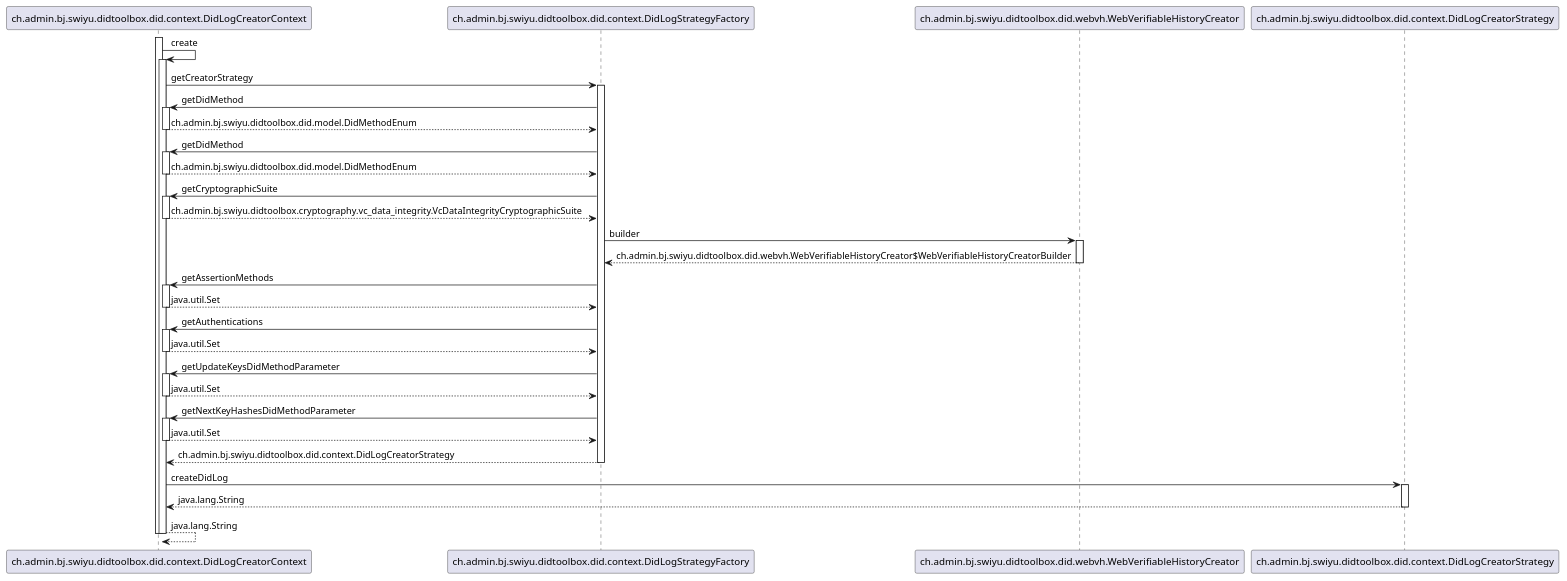
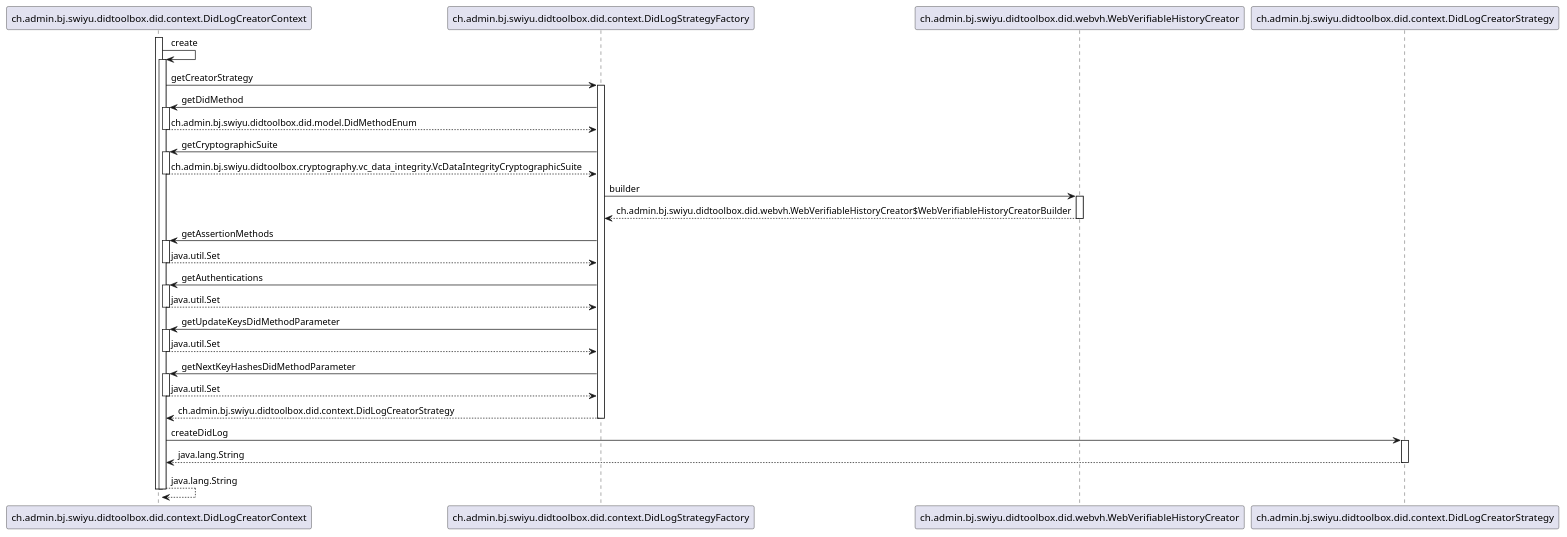
The diagram in src/main/plantuml/DidLogCreatorContext-create.puml (swiyu-admin-ch/didtoolbox-java), drawn with PlantUML before and after one commit. The commit also changed 7 other files, not shown here.

```diff
--- a/src/main/plantuml/DidLogCreatorContext-create.puml
+++ b/src/main/plantuml/DidLogCreatorContext-create.puml
@@ -2,55 +2,51 @@
 @startuml
 
 participant ch.admin.bj.swiyu.didtoolbox.did.context.DidLogCreatorContext
 participant ch.admin.bj.swiyu.didtoolbox.did.context.DidLogStrategyFactory
 participant ch.admin.bj.swiyu.didtoolbox.did.webvh.WebVerifiableHistoryCreator
 participant ch.admin.bj.swiyu.didtoolbox.did.context.DidLogCreatorStrategy
 
 activate ch.admin.bj.swiyu.didtoolbox.did.context.DidLogCreatorContext
 	ch.admin.bj.swiyu.didtoolbox.did.context.DidLogCreatorContext -> ch.admin.bj.swiyu.didtoolbox.did.context.DidLogCreatorContext : create
 	activate ch.admin.bj.swiyu.didtoolbox.did.context.DidLogCreatorContext
 		ch.admin.bj.swiyu.didtoolbox.did.context.DidLogCreatorContext -> ch.admin.bj.swiyu.didtoolbox.did.context.DidLogStrategyFactory : getCreatorStrategy
 		activate ch.admin.bj.swiyu.didtoolbox.did.context.DidLogStrategyFactory
-			ch.admin.bj.swiyu.didtoolbox.did.context.DidLogStrategyFactory -> ch.admin.bj.swiyu.didtoolbox.did.context.DidLogCreatorContext : getDidMethod
-			activate ch.admin.bj.swiyu.didtoolbox.did.context.DidLogCreatorContext
-				ch.admin.bj.swiyu.didtoolbox.did.context.DidLogCreatorContext --> ch.admin.bj.swiyu.didtoolbox.did.context.DidLogStrategyFactory : ch.admin.bj.swiyu.didtoolbox.did.model.DidMethodEnum
-			deactivate ch.admin.bj.swiyu.didtoolbox.did.context.DidLogCreatorContext
 			ch.admin.bj.swiyu.didtoolbox.did.context.DidLogStrategyFactory -> ch.admin.bj.swiyu.didtoolbox.did.context.DidLogCreatorContext : getDidMethod
 			activate ch.admin.bj.swiyu.didtoolbox.did.context.DidLogCreatorContext
 				ch.admin.bj.swiyu.didtoolbox.did.context.DidLogCreatorContext --> ch.admin.bj.swiyu.didtoolbox.did.context.DidLogStrategyFactory : ch.admin.bj.swiyu.didtoolbox.did.model.DidMethodEnum
 			deactivate ch.admin.bj.swiyu.didtoolbox.did.context.DidLogCreatorContext
 			ch.admin.bj.swiyu.didtoolbox.did.context.DidLogStrategyFactory -> ch.admin.bj.swiyu.didtoolbox.did.context.DidLogCreatorContext : getCryptographicSuite
 			activate ch.admin.bj.swiyu.didtoolbox.did.context.DidLogCreatorContext
 				ch.admin.bj.swiyu.didtoolbox.did.context.DidLogCreatorContext --> ch.admin.bj.swiyu.didtoolbox.did.context.DidLogStrategyFactory : ch.admin.bj.swiyu.didtoolbox.cryptography.vc_data_integrity.VcDataIntegrityCryptographicSuite
 			deactivate ch.admin.bj.swiyu.didtoolbox.did.context.DidLogCreatorContext
 			ch.admin.bj.swiyu.didtoolbox.did.context.DidLogStrategyFactory -> ch.admin.bj.swiyu.didtoolbox.did.webvh.WebVerifiableHistoryCreator : builder
 			activate ch.admin.bj.swiyu.didtoolbox.did.webvh.WebVerifiableHistoryCreator
 				ch.admin.bj.swiyu.didtoolbox.did.webvh.WebVerifiableHistoryCreator --> ch.admin.bj.swiyu.didtoolbox.did.context.DidLogStrategyFactory : ch.admin.bj.swiyu.didtoolbox.did.webvh.WebVerifiableHistoryCreator$WebVerifiableHistoryCreatorBuilder
 			deactivate ch.admin.bj.swiyu.didtoolbox.did.webvh.WebVerifiableHistoryCreator
 			ch.admin.bj.swiyu.didtoolbox.did.context.DidLogStrategyFactory -> ch.admin.bj.swiyu.didtoolbox.did.context.DidLogCreatorContext : getAssertionMethods
 			activate ch.admin.bj.swiyu.didtoolbox.did.context.DidLogCreatorContext
 				ch.admin.bj.swiyu.didtoolbox.did.context.DidLogCreatorContext --> ch.admin.bj.swiyu.didtoolbox.did.context.DidLogStrategyFactory : java.util.Set
 			deactivate ch.admin.bj.swiyu.didtoolbox.did.context.DidLogCreatorContext
 			ch.admin.bj.swiyu.didtoolbox.did.context.DidLogStrategyFactory -> ch.admin.bj.swiyu.didtoolbox.did.context.DidLogCreatorContext : getAuthentications
 			activate ch.admin.bj.swiyu.didtoolbox.did.context.DidLogCreatorContext
 				ch.admin.bj.swiyu.didtoolbox.did.context.DidLogCreatorContext --> ch.admin.bj.swiyu.didtoolbox.did.context.DidLogStrategyFactory : java.util.Set
 			deactivate ch.admin.bj.swiyu.didtoolbox.did.context.DidLogCreatorContext
 			ch.admin.bj.swiyu.didtoolbox.did.context.DidLogStrategyFactory -> ch.admin.bj.swiyu.didtoolbox.did.context.DidLogCreatorContext : getUpdateKeysDidMethodParameter
 			activate ch.admin.bj.swiyu.didtoolbox.did.context.DidLogCreatorContext
 				ch.admin.bj.swiyu.didtoolbox.did.context.DidLogCreatorContext --> ch.admin.bj.swiyu.didtoolbox.did.context.DidLogStrategyFactory : java.util.Set
 			deactivate ch.admin.bj.swiyu.didtoolbox.did.context.DidLogCreatorContext
 			ch.admin.bj.swiyu.didtoolbox.did.context.DidLogStrategyFactory -> ch.admin.bj.swiyu.didtoolbox.did.context.DidLogCreatorContext : getNextKeyHashesDidMethodParameter
 			activate ch.admin.bj.swiyu.didtoolbox.did.context.DidLogCreatorContext
 				ch.admin.bj.swiyu.didtoolbox.did.context.DidLogCreatorContext --> ch.admin.bj.swiyu.didtoolbox.did.context.DidLogStrategyFactory : java.util.Set
 			deactivate ch.admin.bj.swiyu.didtoolbox.did.context.DidLogCreatorContext
 			ch.admin.bj.swiyu.didtoolbox.did.context.DidLogStrategyFactory --> ch.admin.bj.swiyu.didtoolbox.did.context.DidLogCreatorContext : ch.admin.bj.swiyu.didtoolbox.did.context.DidLogCreatorStrategy
 		deactivate ch.admin.bj.swiyu.didtoolbox.did.context.DidLogStrategyFactory
 		ch.admin.bj.swiyu.didtoolbox.did.context.DidLogCreatorContext -> ch.admin.bj.swiyu.didtoolbox.did.context.DidLogCreatorStrategy : createDidLog
 		activate ch.admin.bj.swiyu.didtoolbox.did.context.DidLogCreatorStrategy
 			ch.admin.bj.swiyu.didtoolbox.did.context.DidLogCreatorStrategy --> ch.admin.bj.swiyu.didtoolbox.did.context.DidLogCreatorContext : java.lang.String
 		deactivate ch.admin.bj.swiyu.didtoolbox.did.context.DidLogCreatorStrategy
 		ch.admin.bj.swiyu.didtoolbox.did.context.DidLogCreatorContext --> ch.admin.bj.swiyu.didtoolbox.did.context.DidLogCreatorContext : java.lang.String
 	deactivate ch.admin.bj.swiyu.didtoolbox.did.context.DidLogCreatorContext
 deactivate ch.admin.bj.swiyu.didtoolbox.did.context.DidLogCreatorContext
 
 @enduml
```
